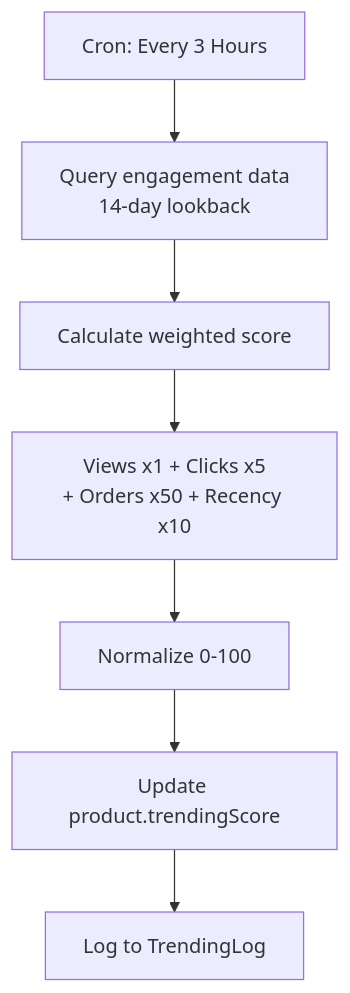
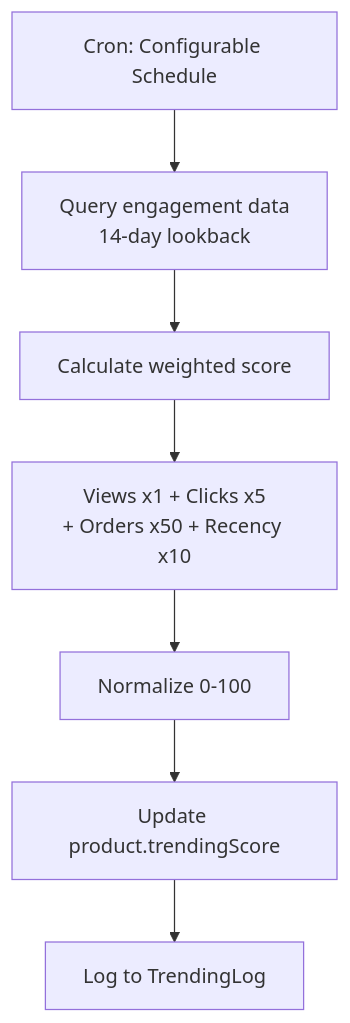
One commit to MohammadYusif/raff changed the fourth of 6 diagrams in README.md. Above: the diagram before and after it, drawn with Mermaid. The commit also changed other lines of this file and 1 other file, not shown here.

Commit message:
Update trending docs to reflect disabled schedule
The trending workflow schedule is commented out by default until
required secrets (DATABASE_URL, NEXTAUTH_SECRET) are configured.
Updated both the workflows README and main README to reflect this.

````diff
--- a/README.md
+++ b/README.md
@@ -114,9 +114,9 @@
 ```mermaid
 flowchart TD
-    A[Cron: Every 3 Hours] --> B[Query engagement data<br/>14-day lookback]
+    A[Cron: Configurable Schedule] --> B[Query engagement data<br/>14-day lookback]
     B --> C[Calculate weighted score]
     C --> D["Views x1 + Clicks x5<br/>+ Orders x50 + Recency x10"]
     D --> E[Normalize 0-100]
     E --> F[Update product.trendingScore]
     F --> G[Log to TrendingLog]
 ```
````
